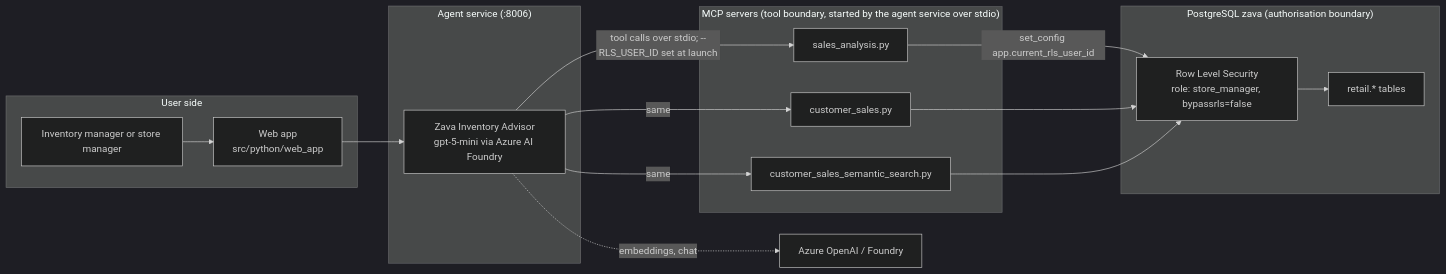
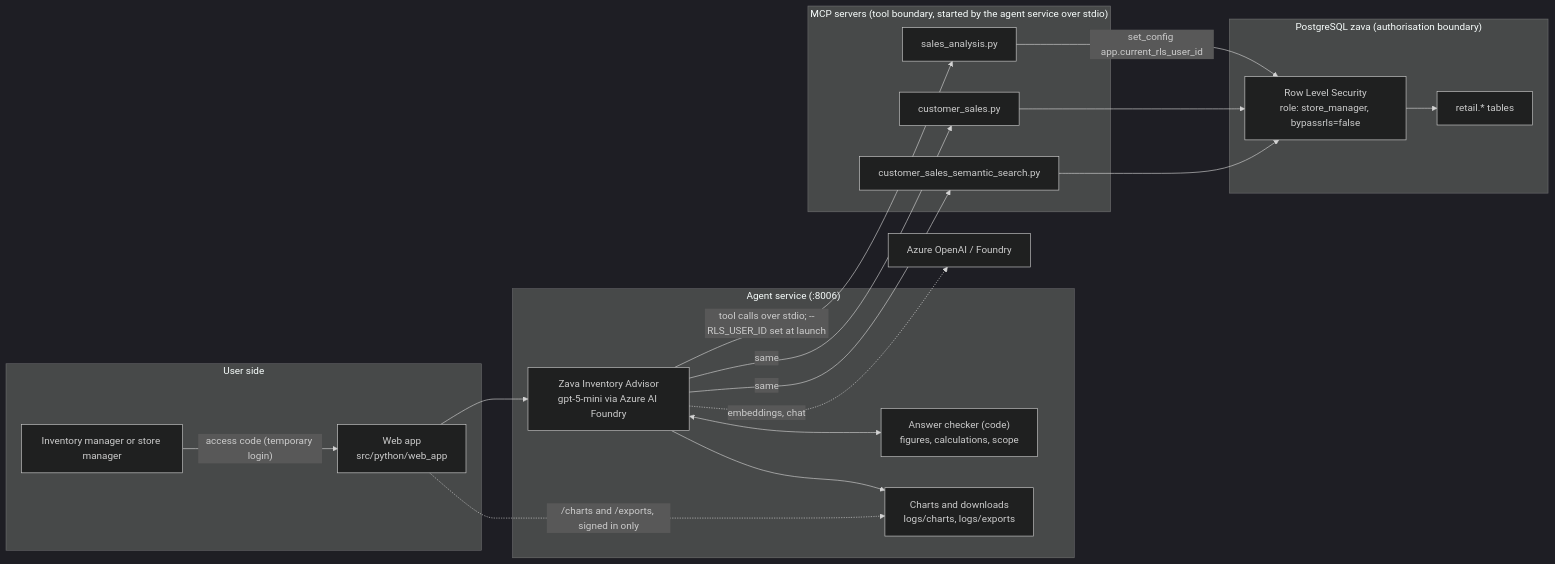
Before and after one commit to rpul351/ai-tour-26-zava-diy-dataset-plus-mcp: the diagram in docs/architecture.md, drawn with Mermaid (dark theme). The commit also changed other lines of this file and 11 other files, not shown here.

Commit message:
Tables and calculated columns, calculate tool, SKU filter to combine semantic search with analysis, closing-offer and table repair, scope guard, architecture doc updated; 39 case evaluation

````diff
--- a/docs/architecture.md
+++ b/docs/architecture.md
@@ -35,31 +35,36 @@
 ```mermaid
 flowchart LR
     subgraph User["User side"]
         U["Inventory manager or store manager"]
         W["Web app<br/>src/python/web_app"]
     end
 
     subgraph Agent["Agent service (:8006)"]
         A["Zava Inventory Advisor<br/>gpt-5-mini via Azure AI Foundry"]
+        V["Answer checker (code)<br/>figures, calculations, scope"]
+        F["Charts and downloads<br/>logs/charts, logs/exports"]
     end
 
     subgraph MCP["MCP servers (tool boundary, started by the agent service over stdio)"]
         SA["sales_analysis.py"]
         CS["customer_sales.py"]
         SS["customer_sales_semantic_search.py"]
     end
 
     subgraph DB["PostgreSQL zava (authorisation boundary)"]
         RLS["Row Level Security<br/>role: store_manager, bypassrls=false"]
         T["retail.* tables"]
     end
 
-    U --> W --> A
+    U -- "access code (temporary login)" --> W --> A
+    A <--> V
+    A --> F
+    W -. "/charts and /exports, signed in only" .-> F
     A -- "tool calls over stdio; --RLS_USER_ID set at launch" --> SA
     A -- "same" --> CS
     A -- "same" --> SS
     SA -- "set_config app.current_rls_user_id" --> RLS --> T
     CS --> RLS
     SS --> RLS
     A -. "embeddings, chat" .-> AOAI["Azure OpenAI / Foundry"]
 ```
````
